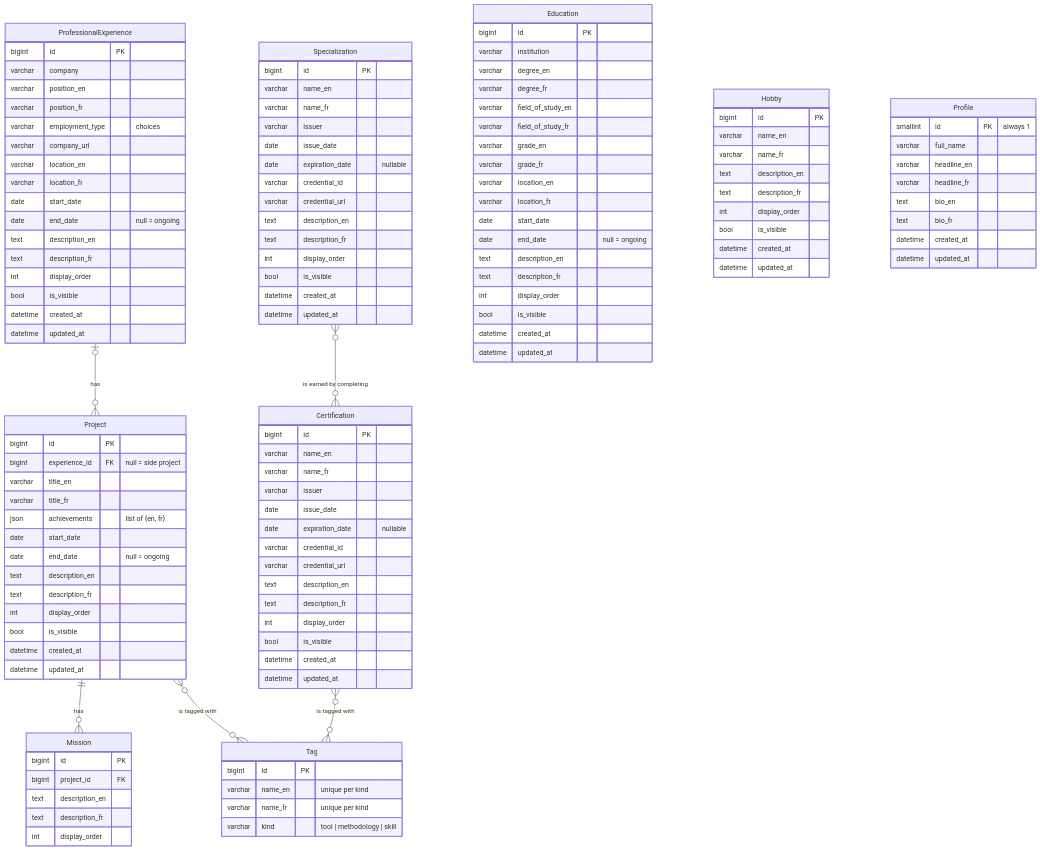
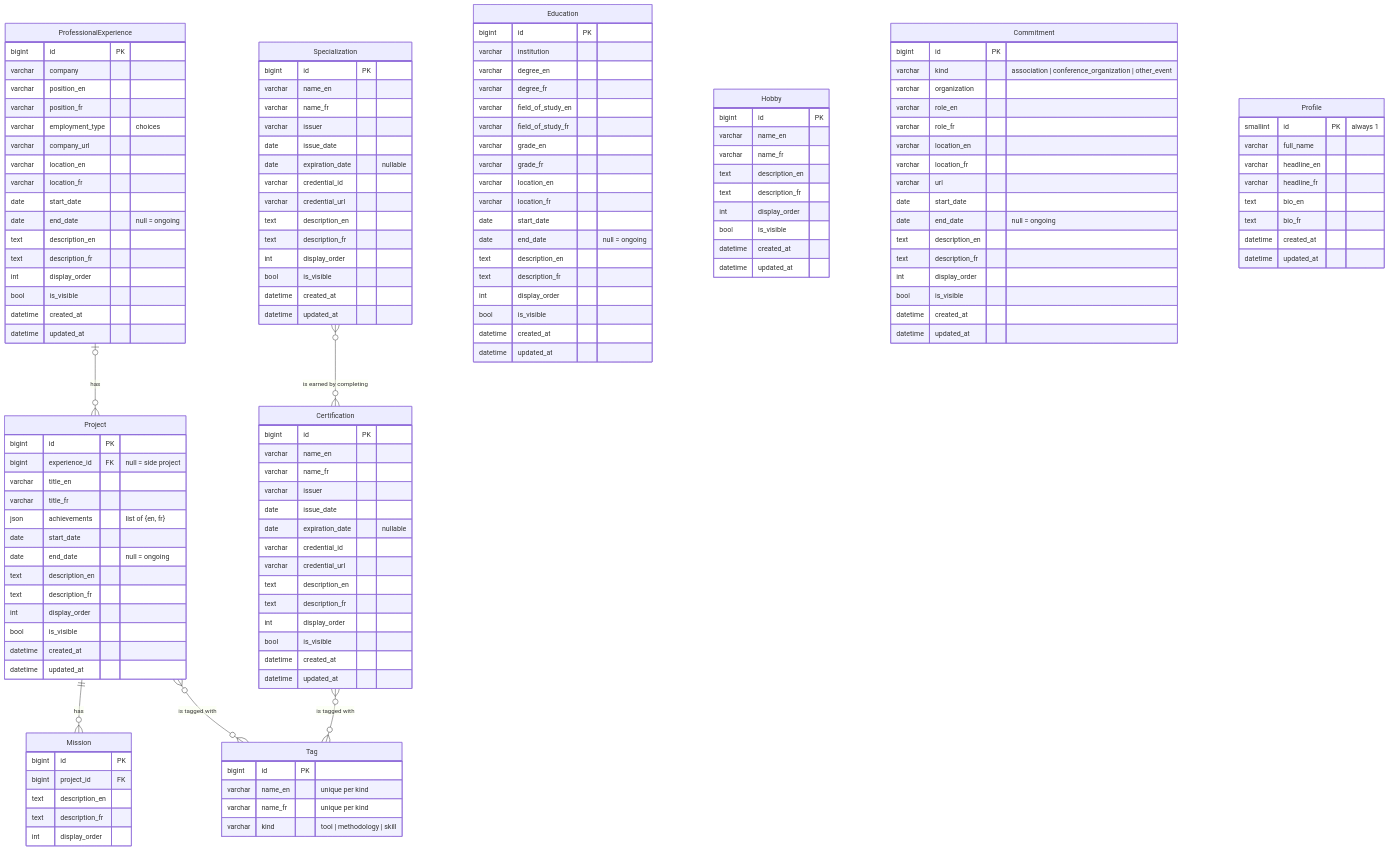
The diagram in backend/docs/database.md (MrAleborg/portfolio), drawn with Mermaid before and after one commit. The commit also changed other lines of this file and 26 other files, not shown here.

```diff
--- a/backend/docs/database.md
+++ b/backend/docs/database.md
@@ -132,6 +132,25 @@
         datetime updated_at
     }
 
+    Commitment {
+        bigint id PK
+        varchar kind "association | conference_organization | other_event"
+        varchar organization
+        varchar role_en
+        varchar role_fr
+        varchar location_en
+        varchar location_fr
+        varchar url
+        date start_date
+        date end_date "null = ongoing"
+        text description_en
+        text description_fr
+        int display_order
+        bool is_visible
+        datetime created_at
+        datetime updated_at
+    }
+
     Profile {
         smallint id PK "always 1"
         varchar full_name
```
